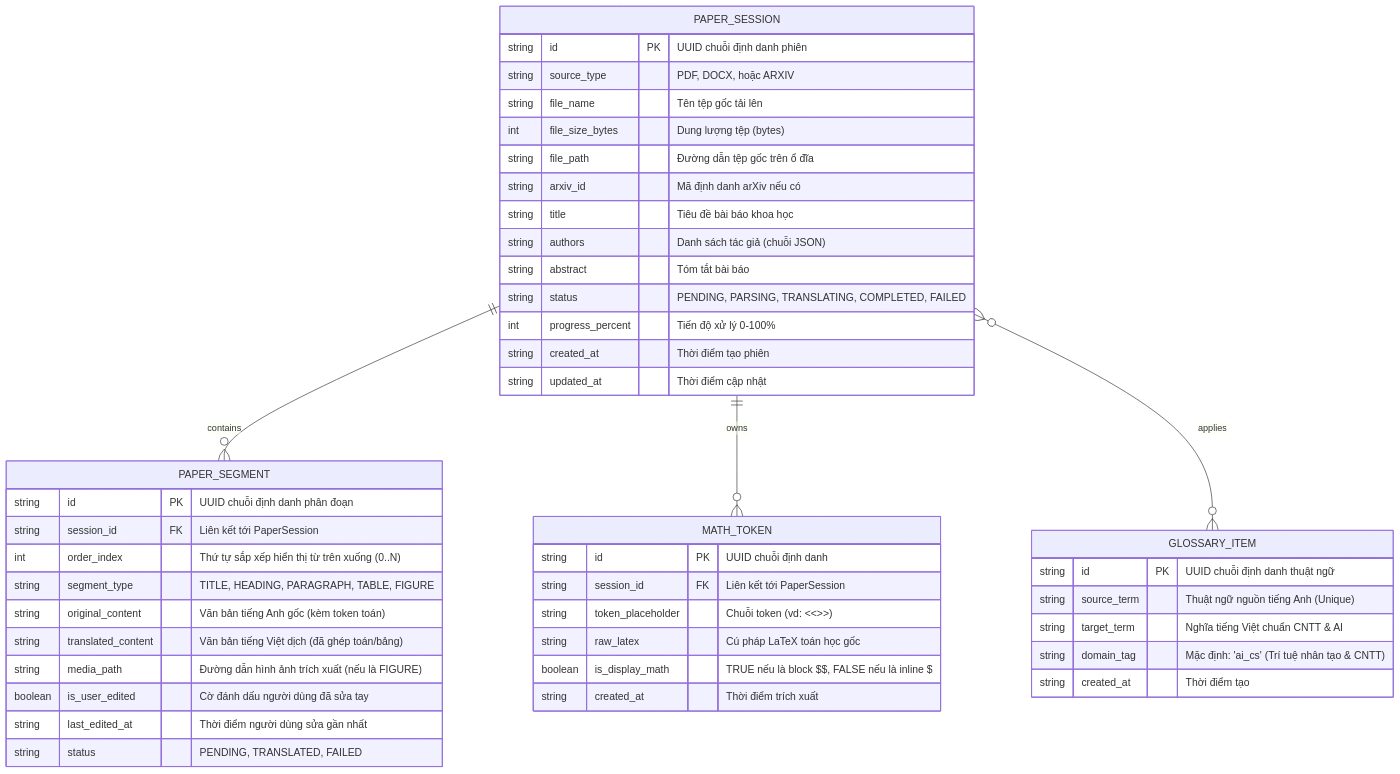
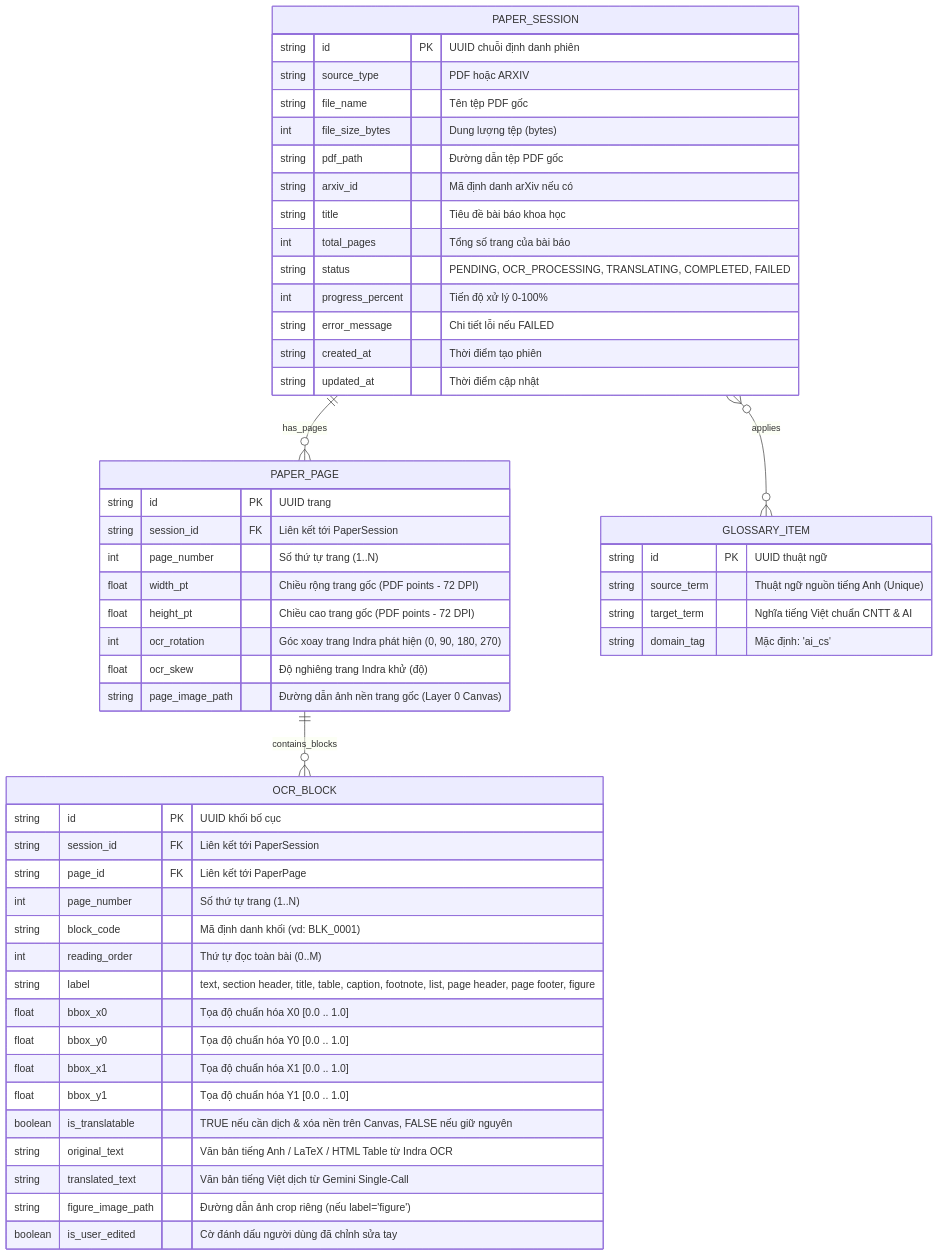
The diagram in docs/architecture/05-data-architecture.md (phamvantienkiz/paper-translation), drawn with Mermaid before and after one commit. The commit also changed other lines of this file and 23 other files, not shown here.

````diff
--- a/docs/architecture/05-data-architecture.md
+++ b/docs/architecture/05-data-architecture.md
@@ -25,52 +24,59 @@
 ```mermaid
 erDiagram
-    PAPER_SESSION ||--o{ PAPER_SEGMENT : contains
-    PAPER_SESSION ||--o{ MATH_TOKEN : owns
+    PAPER_SESSION ||--o{ PAPER_PAGE : has_pages
+    PAPER_PAGE ||--o{ OCR_BLOCK : contains_blocks
     PAPER_SESSION }o--o{ GLOSSARY_ITEM : applies
 
     PAPER_SESSION {
         string id PK "UUID chuỗi định danh phiên"
-        string source_type "PDF, DOCX, hoặc ARXIV"
-        string file_name "Tên tệp gốc tải lên"
+        string source_type "PDF hoặc ARXIV"
+        string file_name "Tên tệp PDF gốc"
         int file_size_bytes "Dung lượng tệp (bytes)"
-        string file_path "Đường dẫn tệp gốc trên ổ đĩa"
+        string pdf_path "Đường dẫn tệp PDF gốc"
         string arxiv_id "Mã định danh arXiv nếu có"
         string title "Tiêu đề bài báo khoa học"
-        string authors "Danh sách tác giả (chuỗi JSON)"
-        string abstract "Tóm tắt bài báo"
-        string status "PENDING, PARSING, TRANSLATING, COMPLETED, FAILED"
+        int total_pages "Tổng số trang của bài báo"
+        string status "PENDING, OCR_PROCESSING, TRANSLATING, COMPLETED, FAILED"
         int progress_percent "Tiến độ xử lý 0-100%"
+        string error_message "Chi tiết lỗi nếu FAILED"
         string created_at "Thời điểm tạo phiên"
         string updated_at "Thời điểm cập nhật"
     }
 
-    PAPER_SEGMENT {
-        string id PK "UUID chuỗi định danh phân đoạn"
+    PAPER_PAGE {
+        string id PK "UUID trang"
         string session_id FK "Liên kết tới PaperSession"
-        int order_index "Thứ tự sắp xếp hiển thị từ trên xuống (0..N)"
-        string segment_type "TITLE, HEADING, PARAGRAPH, TABLE, FIGURE"
-        string original_content "Văn bản tiếng Anh gốc (kèm token toán)"
-        string translated_content "Văn bản tiếng Việt dịch (đã ghép toán/bảng)"
-        string media_path "Đường dẫn hình ảnh trích xuất (nếu là FIGURE)"
-        boolean is_user_edited "Cờ đánh dấu người dùng đã sửa tay"
-        string last_edited_at "Thời điểm người dùng sửa gần nhất"
-        string status "PENDING, TRANSLATED, FAILED"
+        int page_number "Số thứ tự trang (1..N)"
+        float width_pt "Chiều rộng trang gốc (PDF points - 72 DPI)"
+        float height_pt "Chiều cao trang gốc (PDF points - 72 DPI)"
+        int ocr_rotation "Góc xoay trang Indra phát hiện (0, 90, 180, 270)"
+        float ocr_skew "Độ nghiêng trang Indra khử (độ)"
+        string page_image_path "Đường dẫn ảnh nền trang gốc (Layer 0 Canvas)"
     }
 
-    MATH_TOKEN {
-        string id PK "UUID chuỗi định danh"
+    OCR_BLOCK {
+        string id PK "UUID khối bố cục"
         string session_id FK "Liên kết tới PaperSession"
-        string token_placeholder "Chuỗi token (vd: <<<MATH_TOKEN_001>>>)"
-        string raw_latex "Cú pháp LaTeX toán học gốc"
-        boolean is_display_math "TRUE nếu là block $$, FALSE nếu là inline $"
-        string created_at "Thời điểm trích xuất"
+        string page_id FK "Liên kết tới PaperPage"
+        int page_number "Số thứ tự trang (1..N)"
+        string block_code "Mã định danh khối (vd: BLK_0001)"
+        int reading_order "Thứ tự đọc toàn bài (0..M)"
+        string label "text, section header, title, table, caption, footnote, list, page header, page footer, figure"
+        float bbox_x0 "Tọa độ chuẩn hóa X0 [0.0 .. 1.0]"
+        float bbox_y0 "Tọa độ chuẩn hóa Y0 [0.0 .. 1.0]"
+        float bbox_x1 "Tọa độ chuẩn hóa X1 [0.0 .. 1.0]"
+        float bbox_y1 "Tọa độ chuẩn hóa Y1 [0.0 .. 1.0]"
+        boolean is_translatable "TRUE nếu cần dịch & xóa nền trên Canvas, FALSE nếu giữ nguyên"
+        string original_text "Văn bản tiếng Anh / LaTeX / HTML Table từ Indra OCR"
+        string translated_text "Văn bản tiếng Việt dịch từ Gemini Single-Call"
+        string figure_image_path "Đường dẫn ảnh crop riêng (nếu label='figure')"
+        boolean is_user_edited "Cờ đánh dấu người dùng đã chỉnh sửa tay"
     }
 
     GLOSSARY_ITEM {
-        string id PK "UUID chuỗi định danh thuật ngữ"
+        string id PK "UUID thuật ngữ"
         string source_term "Thuật ngữ nguồn tiếng Anh (Unique)"
         string target_term "Nghĩa tiếng Việt chuẩn CNTT & AI"
-        string domain_tag "Mặc định: 'ai_cs' (Trí tuệ nhân tạo & CNTT)"
-        string created_at "Thời điểm tạo"
+        string domain_tag "Mặc định: 'ai_cs'"
     }
 ```
````
